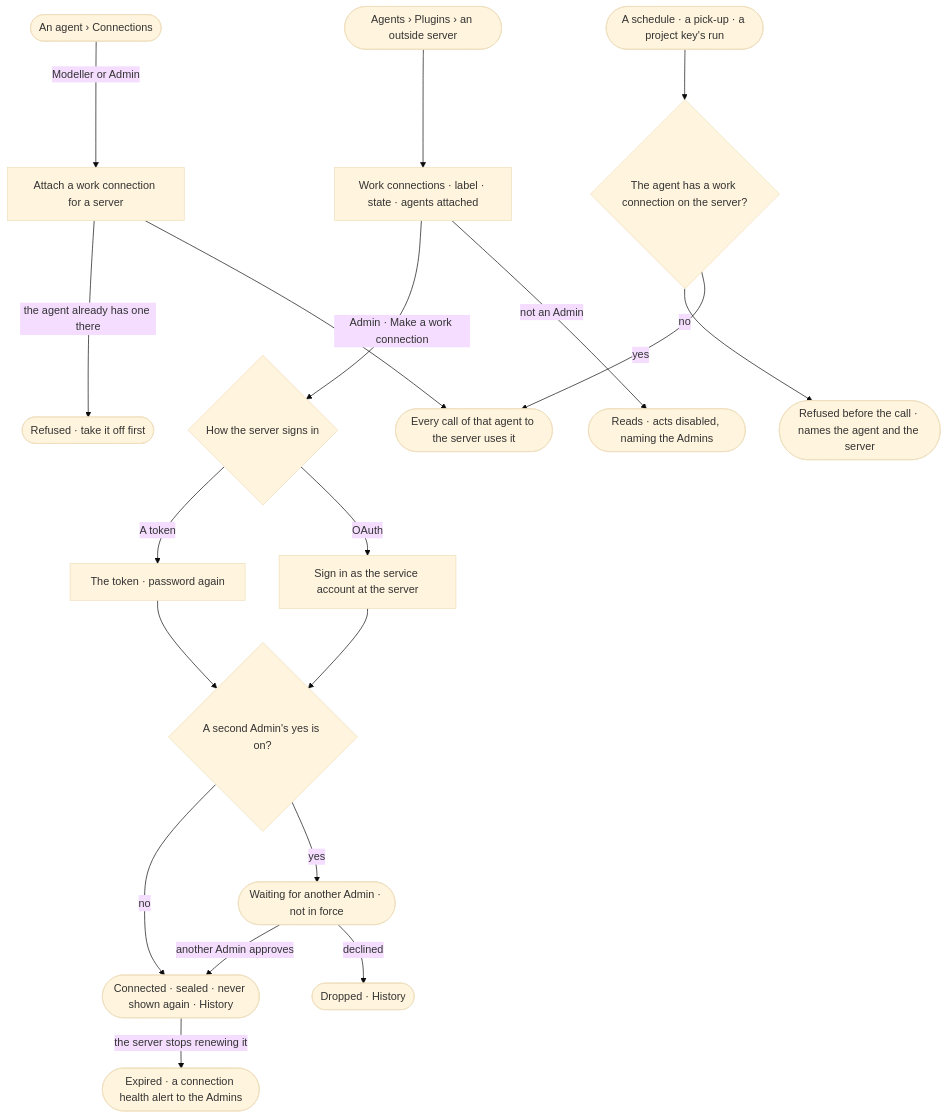
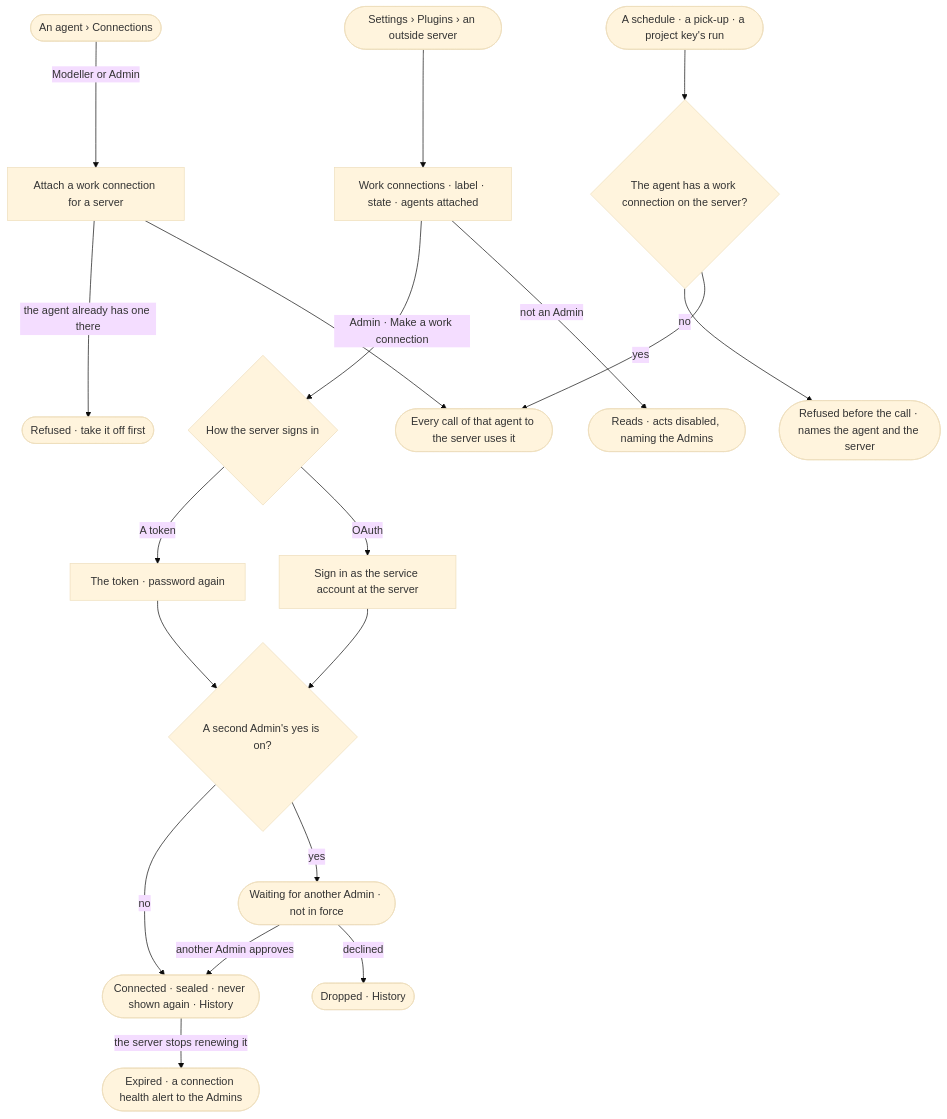
Before and after one commit to invana/invana: the diagram in specs/os/control/features/CP-F02-plugins-and-outside-tools/stories/CP-62-make-a-work-connection-and-attach-it-to-agents/story.md, drawn with Mermaid (base theme). The commit also changed other lines of this file and 43 other files, not shown here.

First line of the commit message:
docs(specs): Agents mode keeps work; Plugins, Fleet, Workers move to Settings

````diff
--- a/specs/os/control/features/CP-F02-plugins-and-outside-tools/stories/CP-62-make-a-work-connection-and-attach-it-to-agents/story.md
+++ b/specs/os/control/features/CP-F02-plugins-and-outside-tools/stories/CP-62-make-a-work-connection-and-attach-it-to-agents/story.md
@@ -29,21 +29,21 @@
 ```mermaid
 flowchart TD
-  s([Agents › Plugins › an outside server]) --> l["Work connections · label · state · agents attached"]
+  s([Settings › Plugins › an outside server]) --> l["Work connections · label · state · agents attached"]
   l -->|Admin · Make a work connection| m{"How the server signs in"}
   m -->|A token| tk["The token · password again"]
   m -->|OAuth| oa["Sign in as the service account at the server"]
   tk --> sv{"A second Admin's yes is on?"}
   oa --> sv
   sv -->|no| ok(["Connected · sealed · never shown again · History"])
   sv -->|yes| aw(["Waiting for another Admin · not in force"])
   aw -->|another Admin approves| ok
   aw -->|declined| dc(["Dropped · History"])
   a([An agent › Connections]) -->|Modeller or Admin| at["Attach a work connection for a server"]
   at -->|the agent already has one there| one(["Refused · take it off first"])
   at --> used(["Every call of that agent to the server uses it"])
   r([A schedule · a pick-up · a project key's run]) --> need{"The agent has a work connection on the server?"}
   need -->|no| rf(["Refused before the call · names the agent and the server"])
   need -->|yes| used
   ok -->|the server stops renewing it| ex(["Expired · a connection health alert to the Admins"])
   l -->|not an Admin| ro(["Reads · acts disabled, naming the Admins"])
 ```
````
